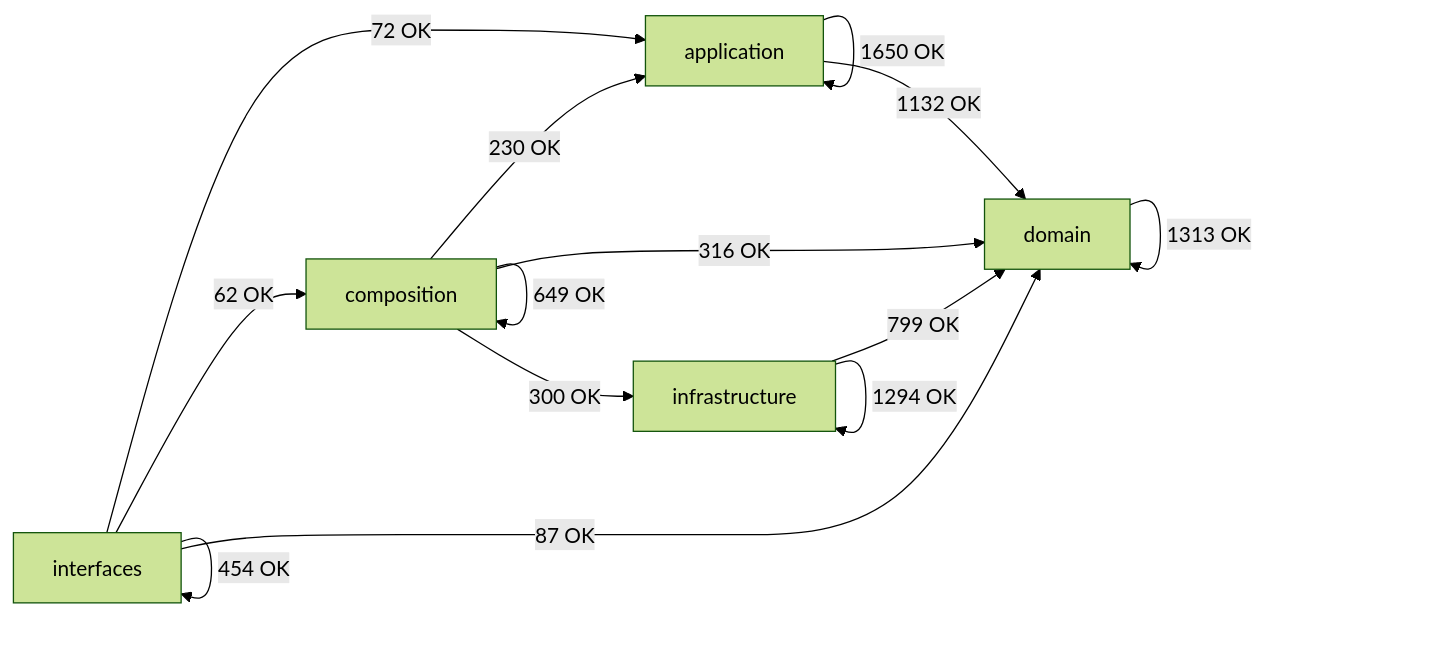
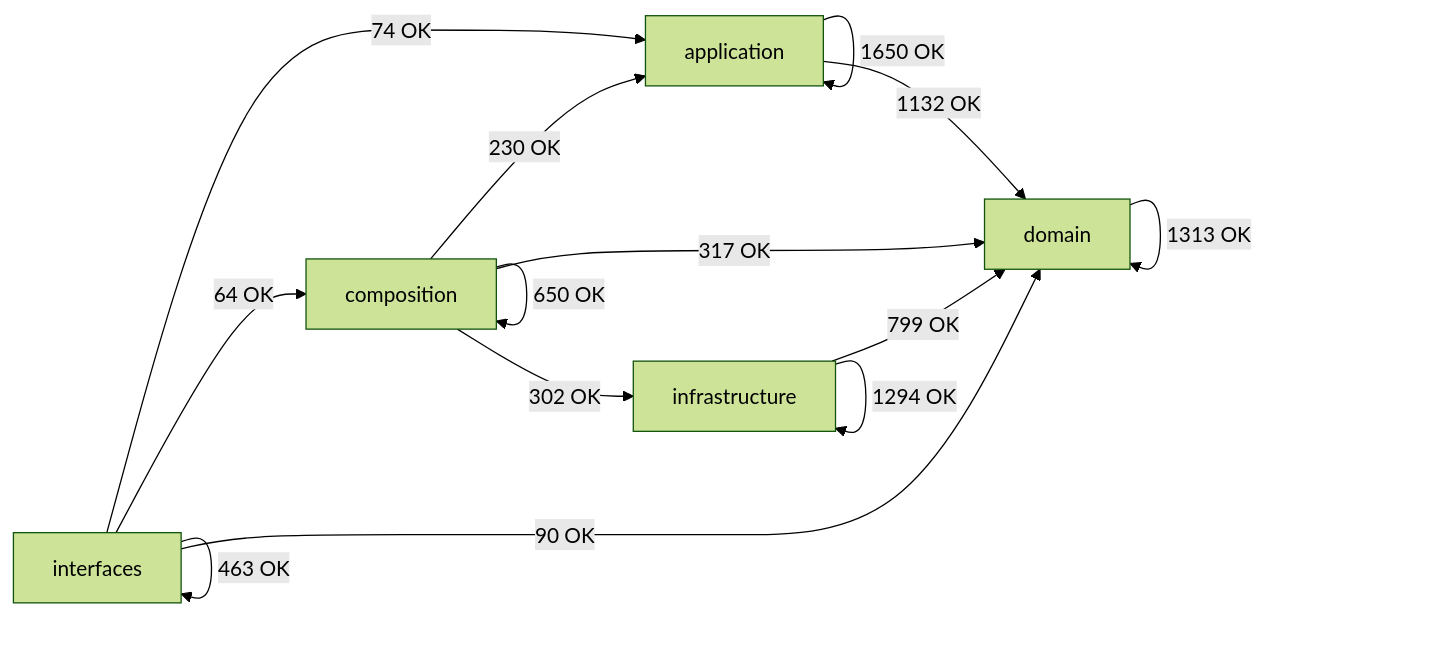
Before and after one commit to SatoryKono/BioactivityDataAcquisition: the diagram in docs/02-architecture/generated/module-dependency-map.md, drawn with Mermaid (forest theme). The commit also changed other lines of this file and 11 other files, not shown here.

````diff
--- a/docs/02-architecture/generated/module-dependency-map.md
+++ b/docs/02-architecture/generated/module-dependency-map.md
@@ -17,21 +17,21 @@
 ```mermaid
 flowchart LR
     domain[domain]
     application[application]
     infrastructure[infrastructure]
     composition[composition]
     interfaces[interfaces]
     application -->|1650 OK| application
     application -->|1132 OK| domain
     composition -->|230 OK| application
-    composition -->|649 OK| composition
-    composition -->|316 OK| domain
-    composition -->|300 OK| infrastructure
+    composition -->|650 OK| composition
+    composition -->|317 OK| domain
+    composition -->|302 OK| infrastructure
     domain -->|1313 OK| domain
     infrastructure -->|799 OK| domain
     infrastructure -->|1294 OK| infrastructure
-    interfaces -->|72 OK| application
-    interfaces -->|62 OK| composition
-    interfaces -->|87 OK| domain
-    interfaces -->|454 OK| interfaces
+    interfaces -->|74 OK| application
+    interfaces -->|64 OK| composition
+    interfaces -->|90 OK| domain
+    interfaces -->|463 OK| interfaces
 ```
````
